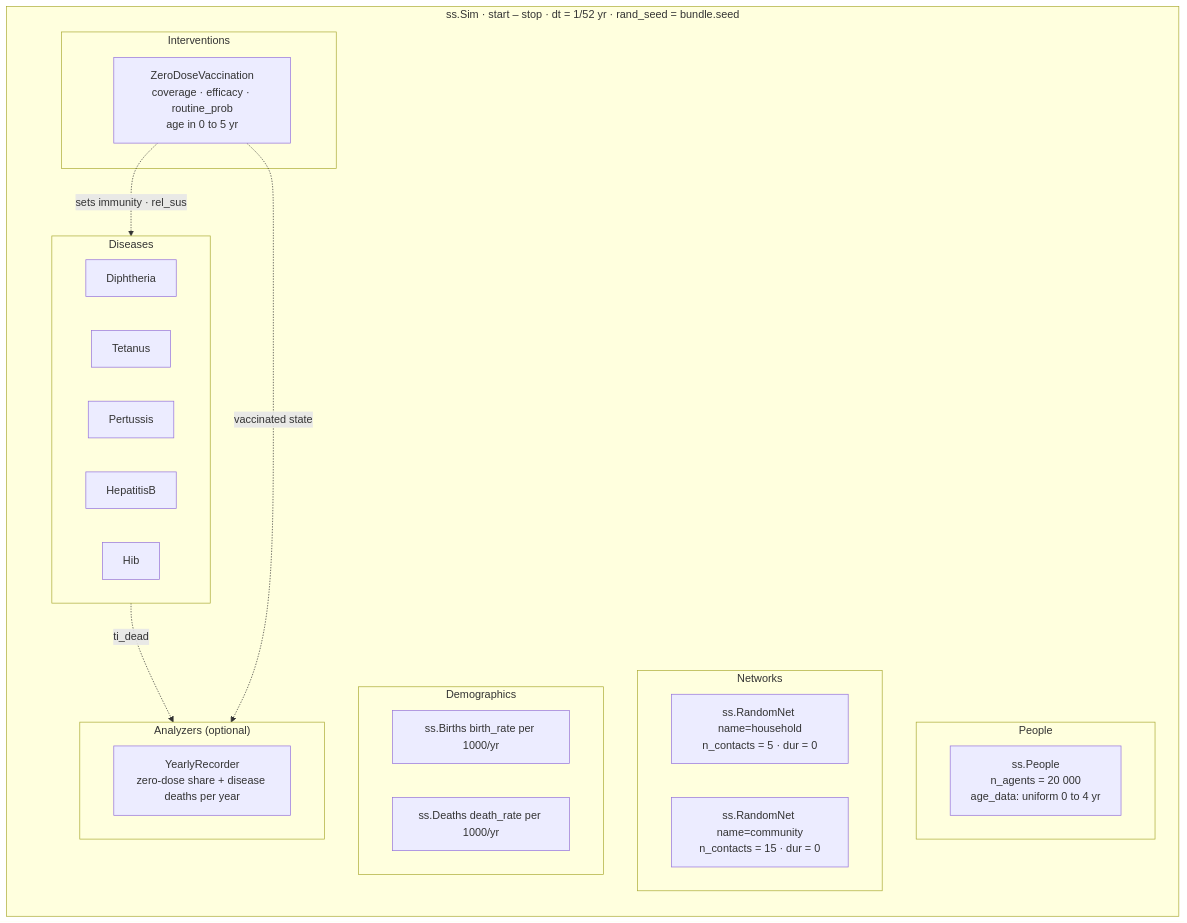
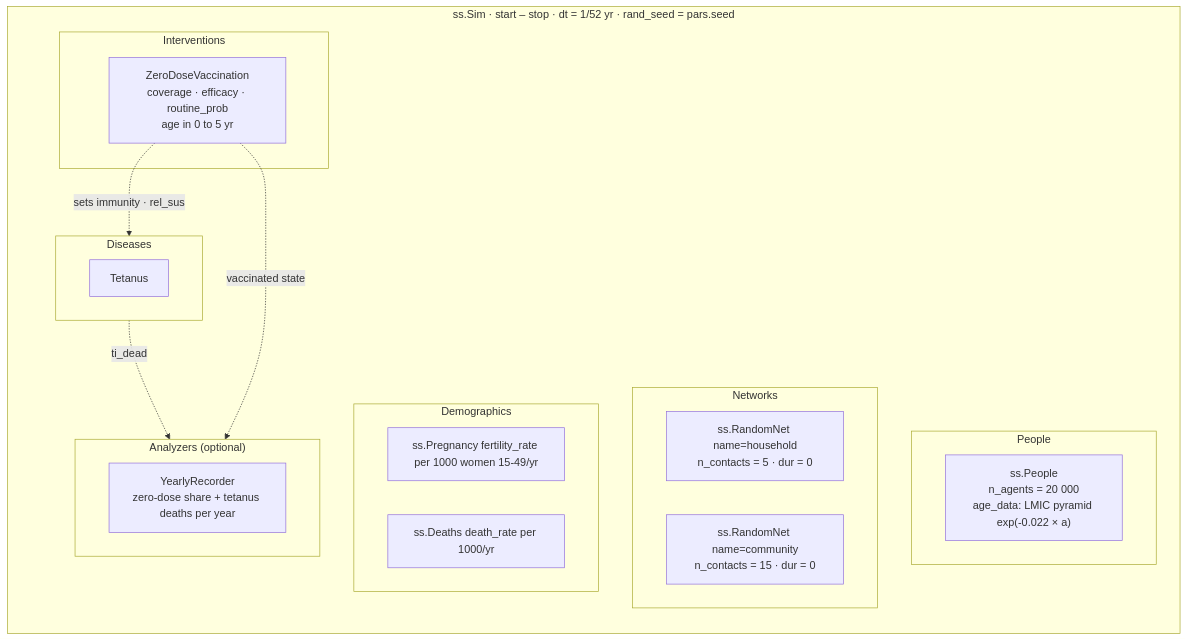
The sixth of 12 diagrams in docs/ARCHITECTURE.md (starsimhub/zdsim), drawn with Mermaid before and after one commit. The commit also changed other lines of this file, not shown here.

````diff
--- a/docs/ARCHITECTURE.md
+++ b/docs/ARCHITECTURE.md
@@ -224,40 +217,36 @@
 ```mermaid
 flowchart TB
-    subgraph SIM ["ss.Sim · start – stop · dt = 1/52 yr · rand_seed = bundle.seed"]
+    subgraph SIM ["ss.Sim · start – stop · dt = 1/52 yr · rand_seed = pars.seed"]
         direction TB
 
         subgraph PPL ["People"]
-            P1["ss.People<br/>n_agents = 20 000<br/>age_data: uniform 0 to 4 yr"]
+            P1["ss.People<br/>n_agents = 20 000<br/>age_data: LMIC pyramid exp(-0.022 × a)"]
         end
 
         subgraph NETS ["Networks"]
             N1["ss.RandomNet name=household<br/>n_contacts = 5 · dur = 0"]
             N2["ss.RandomNet name=community<br/>n_contacts = 15 · dur = 0"]
         end
 
         subgraph DEM ["Demographics"]
-            D1["ss.Births birth_rate per 1000/yr"]
+            D1["ss.Pregnancy fertility_rate per 1000 women 15-49/yr"]
             D2["ss.Deaths death_rate per 1000/yr"]
         end
 
         subgraph DIS ["Diseases"]
-            X1["Diphtheria"]
             X2["Tetanus"]
-            X3["Pertussis"]
-            X4["HepatitisB"]
-            X5["Hib"]
         end
 
         subgraph INV ["Interventions"]
             I1["ZeroDoseVaccination<br/>coverage · efficacy · routine_prob<br/>age in 0 to 5 yr"]
         end
 
         subgraph ANA ["Analyzers (optional)"]
-            A1["YearlyRecorder<br/>zero-dose share + disease deaths per year"]
+            A1["YearlyRecorder<br/>zero-dose share + tetanus deaths per year"]
         end
     end
 
     I1 -.->|sets immunity · rel_sus| DIS
     DIS -.->|ti_dead| ANA
     I1 -.->|vaccinated state| ANA
 ```
````
